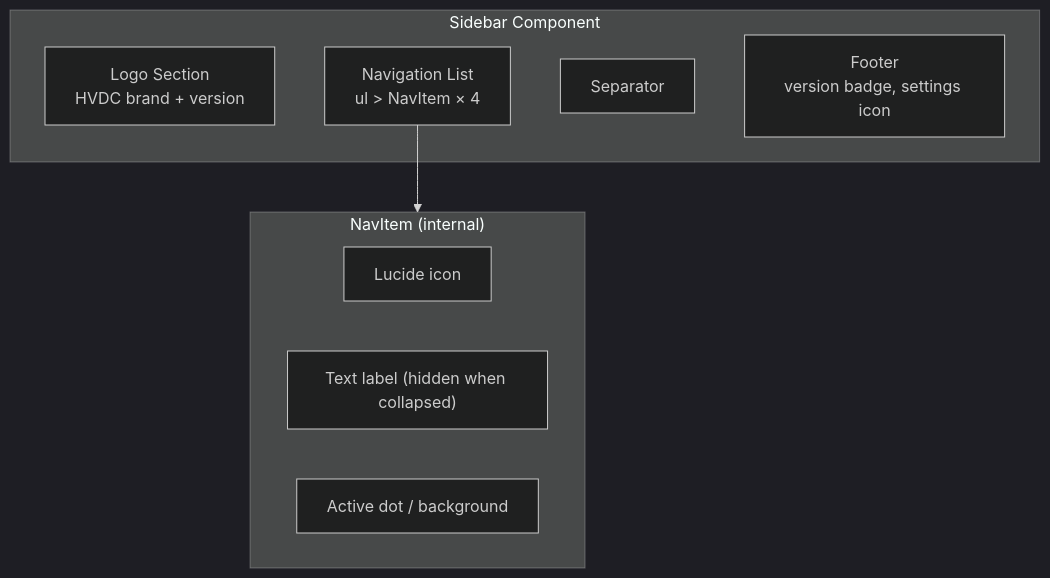
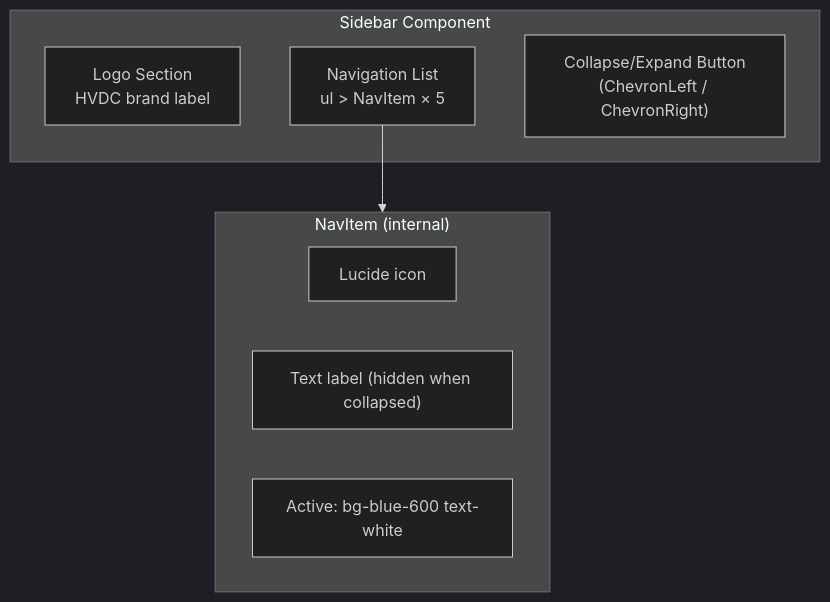
The second of 30 diagrams in apps/logistics-dashboard/docs/COMPONENTS.md (macho715/logi_hvdc_dash), drawn with Mermaid (dark theme) before and after one commit. The commit also changed other lines of this file and 80 other files, not shown here.

````diff
--- a/apps/logistics-dashboard/docs/COMPONENTS.md
+++ b/apps/logistics-dashboard/docs/COMPONENTS.md
@@ -95,17 +130,16 @@
 ```mermaid
 graph TD
     subgraph Sidebar["Sidebar Component"]
-        Logo["Logo Section<br/>HVDC brand + version"]
-        NavList["Navigation List<br/>ul > NavItem × 4"]
-        Separator["Separator"]
-        Footer["Footer<br/>version badge, settings icon"]
+        Logo["Logo Section<br/>HVDC brand label"]
+        NavList["Navigation List<br/>ul > NavItem × 5"]
+        CollapseBtn["Collapse/Expand Button<br/>(ChevronLeft / ChevronRight)"]
     end
 
     subgraph NavItem["NavItem (internal)"]
         Icon["Lucide icon"]
         Label["Text label (hidden when collapsed)"]
-        ActiveIndicator["Active dot / background"]
+        ActiveIndicator["Active: bg-blue-600 text-white"]
     end
 
     NavList --> NavItem
 ```
````
